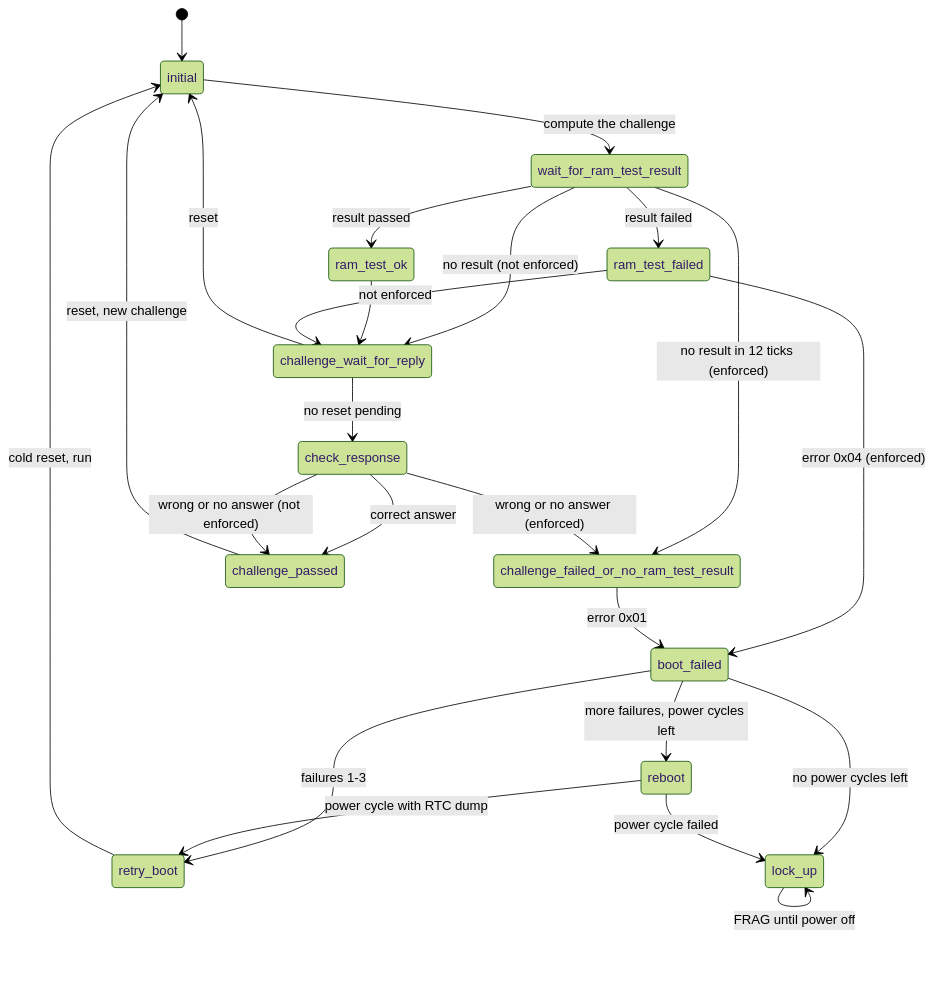
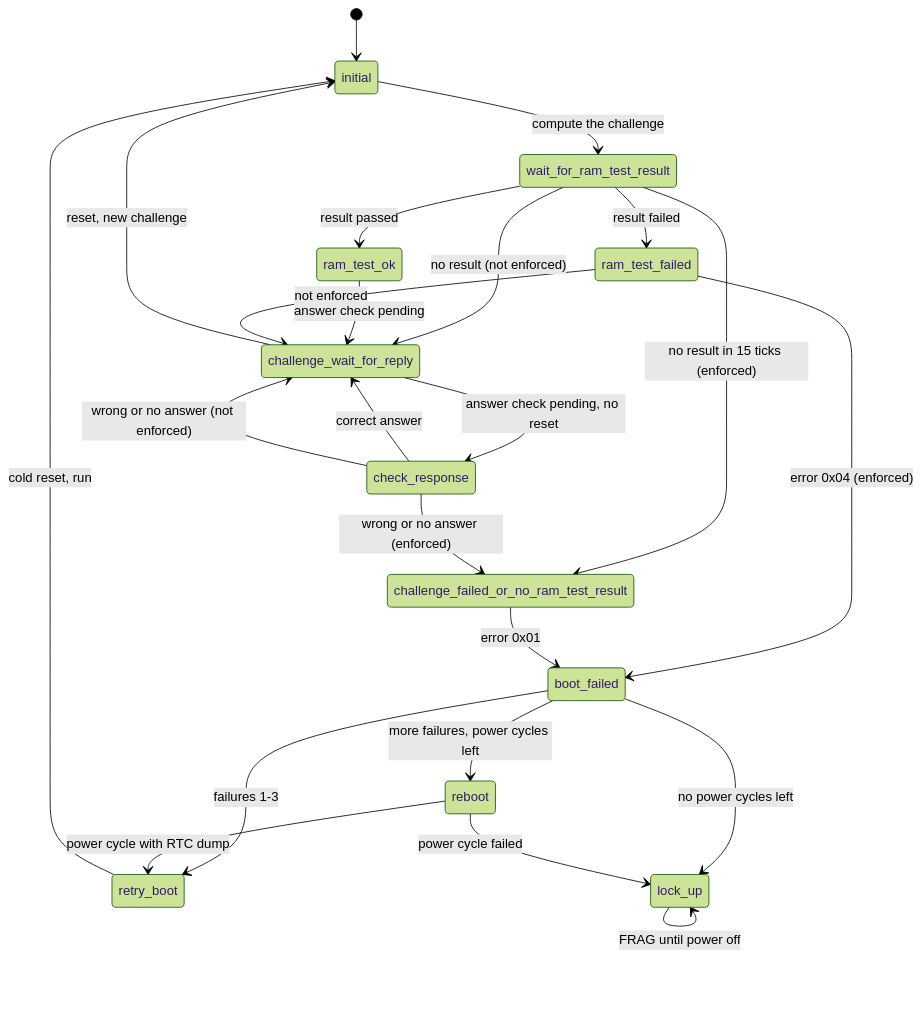
Before and after one commit to edlf/xbox_pico_smc: the diagram in docs/state-machines/boot_challenge.md, drawn with Mermaid (forest theme). The commit also changed other lines of this file and 3 other files, not shown here.

````diff
--- a/docs/state-machines/boot_challenge.md
+++ b/docs/state-machines/boot_challenge.md
@@ -32,27 +32,26 @@
 ```mermaid
 stateDiagram-v2
     [*] --> initial
     initial --> wait_for_ram_test_result: compute the challenge
     wait_for_ram_test_result --> ram_test_ok: result passed
     wait_for_ram_test_result --> ram_test_failed: result failed
-    wait_for_ram_test_result --> challenge_failed_or_no_ram_test_result: no result in 12 ticks (enforced)
+    wait_for_ram_test_result --> challenge_failed_or_no_ram_test_result: no result in 15 ticks (enforced)
     wait_for_ram_test_result --> challenge_wait_for_reply: no result (not enforced)
-    ram_test_ok --> challenge_wait_for_reply
+    ram_test_ok --> challenge_wait_for_reply: answer check pending
     ram_test_failed --> boot_failed: error 0x04 (enforced)
     ram_test_failed --> challenge_wait_for_reply: not enforced
-    challenge_wait_for_reply --> check_response: no reset pending
-    challenge_wait_for_reply --> initial: reset
-    check_response --> challenge_passed: correct answer
+    challenge_wait_for_reply --> check_response: answer check pending, no reset
+    challenge_wait_for_reply --> initial: reset, new challenge
+    check_response --> challenge_wait_for_reply: correct answer
     check_response --> challenge_failed_or_no_ram_test_result: wrong or no answer (enforced)
-    check_response --> challenge_passed: wrong or no answer (not enforced)
+    check_response --> challenge_wait_for_reply: wrong or no answer (not enforced)
     challenge_failed_or_no_ram_test_result --> boot_failed: error 0x01
-    challenge_passed --> initial: reset, new challenge
 
     boot_failed --> retry_boot: failures 1-3
     boot_failed --> reboot: more failures, power cycles left
     boot_failed --> lock_up: no power cycles left
     retry_boot --> initial: cold reset, run
     reboot --> retry_boot: power cycle with RTC dump
     reboot --> lock_up: power cycle failed
     lock_up --> lock_up: FRAG until power off
 ```
````
